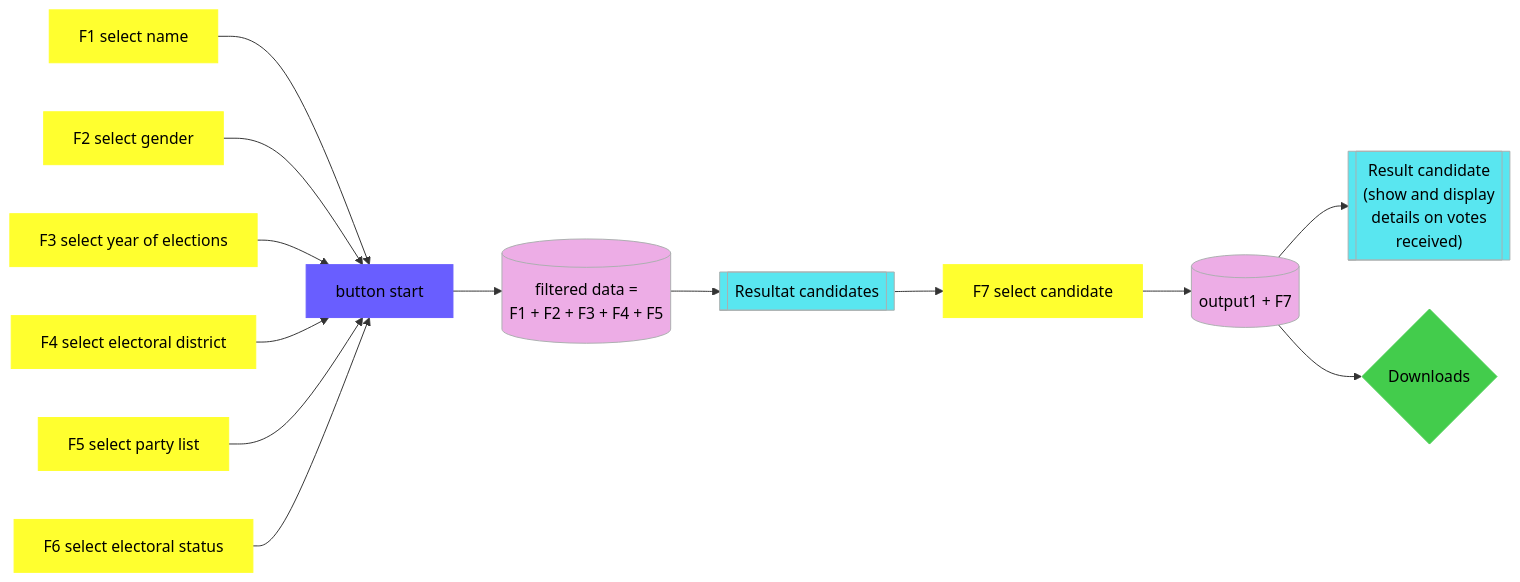
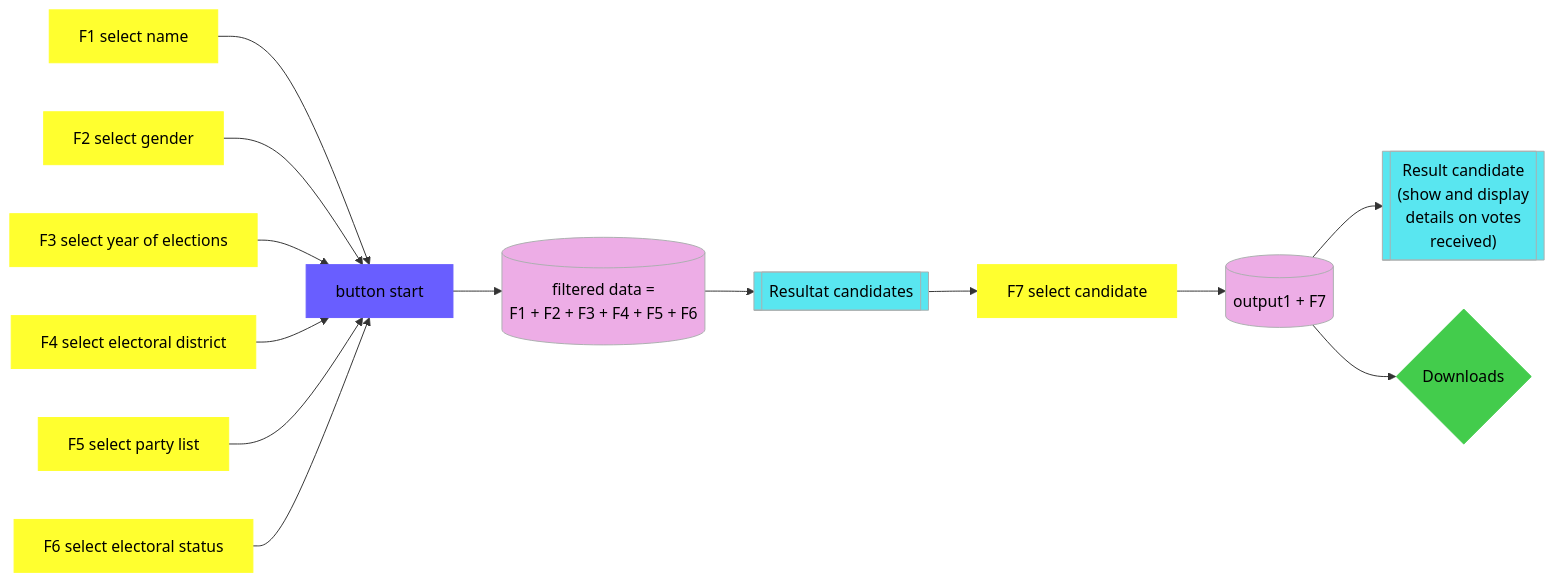
One commit to StatistikStadtZuerich/KALI changed the diagram in README.md. Above: the diagram before and after it, drawn with Mermaid.

Commit message:
added app architecture

````diff
--- a/README.md
+++ b/README.md
@@ -9,21 +9,21 @@
 ```mermaid
 flowchart LR;
   f1[F1 select name]:::filter --> button[button start]:::button
   f2[F2 select gender]:::filter --> button
   f3[F3 select year of elections]:::filter --> button
   f4[F4 select electoral district]:::filter --> button
   f5[F5 select party list]:::filter --> button
   f6[F6 select electoral status]:::filter --> button
-  button --> output1[(filtered data = \nF1 + F2 + F3 + F4 + F5)]:::data
+  button --> output1[(filtered data = \nF1 + F2 + F3 + F4 + F5 + F6)]:::data
   output1 --> results1[[Resultat candidates]]:::result
   results1 --> f7[F7 select candidate]:::filter
   f7 --> output2[(output1 + F7)]:::data
   output2 --> results2[["Result candidate \n(show and display \ndetails on votes \nreceived)"]]:::result
   output2 --> downloads{Downloads}:::download
   
   classDef filter fill:#ffff2f,stroke:#ffff2f,color:#000000;
   classDef button fill:#695eff,stroke:#695eff,color:#000000;
   classDef data fill:#edade6,stroke:#acb0b0,color:#000000;
   classDef result fill:#59e6f0,stroke:#acb0b0,color:#000000;
   classDef download fill:#43cc4c,stroke:#43cc4c,color:#000000;
 ```
````
